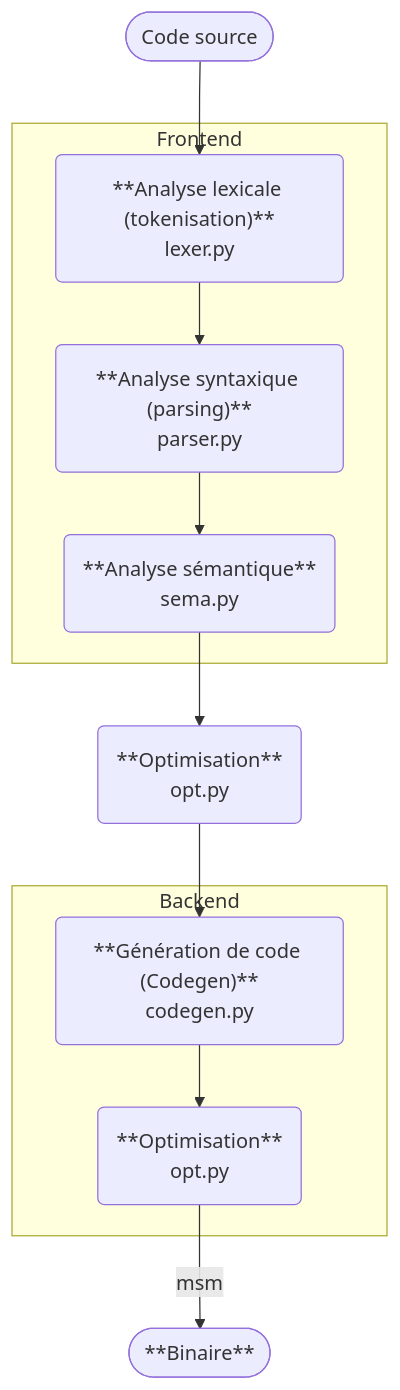
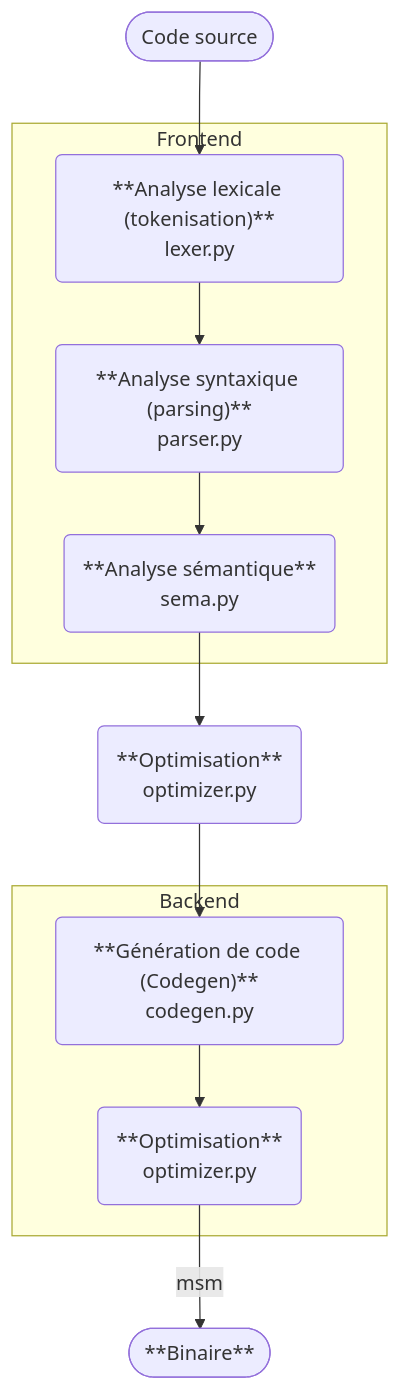
One commit to AlexZeGamer/yacc changed the first of 2 diagrams in README-fr.md. Above: the diagram before and after it, drawn with Mermaid. The commit also changed other lines of this file and 1 other file, not shown here.

````diff
--- a/README-fr.md
+++ b/README-fr.md
@@ -159,19 +159,19 @@
 ```mermaid
 graph TB
     left_CS(["Code source"]) --> left_AL
     
     subgraph Frontend
     left_AL("**Analyse lexicale (tokenisation)**<br>lexer.py") --> left_ASy
     left_ASy("**Analyse syntaxique (parsing)**<br>parser.py") --> left_ASe
     end
     left_ASe("**Analyse sémantique**<br>sema.py") --> left_Opt
 
-    left_Opt("**Optimisation**<br>opt.py") --> left_GC
+    left_Opt("**Optimisation**<br>optimizer.py") --> left_GC
 
     subgraph Backend
     left_GC("**Génération de code (Codegen)**<br>codegen.py") --> left_Opt2
         end
-    left_Opt2("**Optimisation**<br>opt.py") -- msm --> left_Bin
+    left_Opt2("**Optimisation**<br>optimizer.py") -- msm --> left_Bin
 
     left_Bin(["**Binaire**"])
 ```
````
